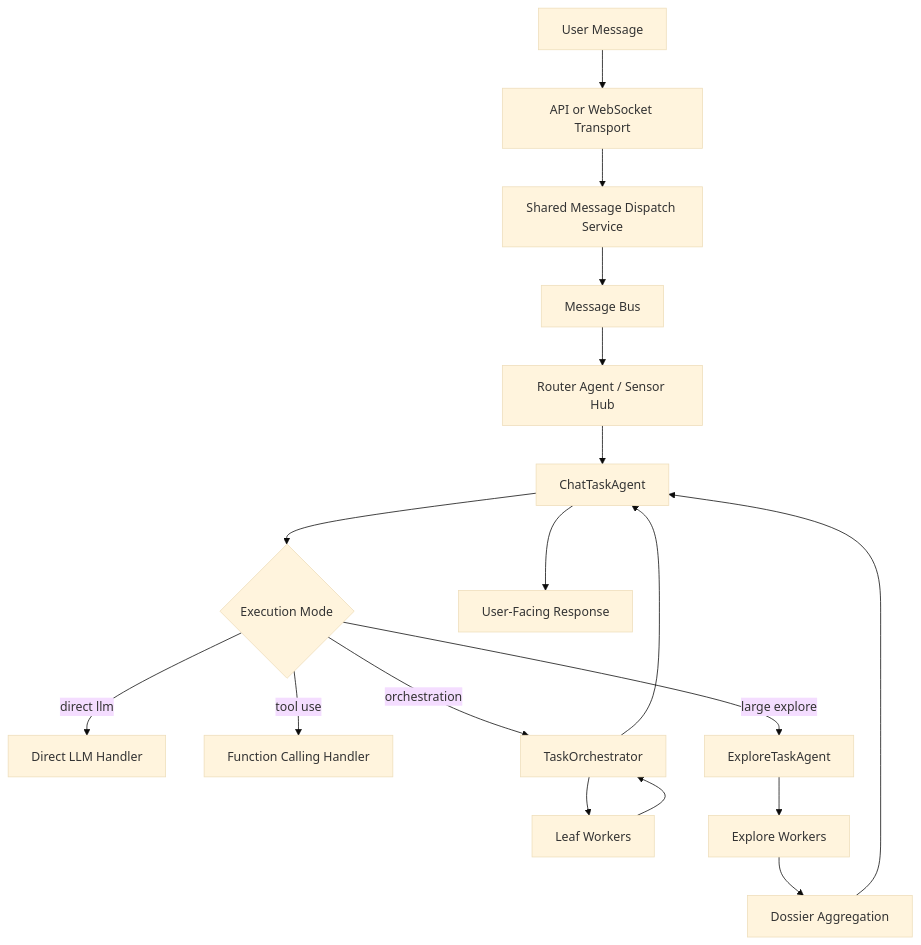
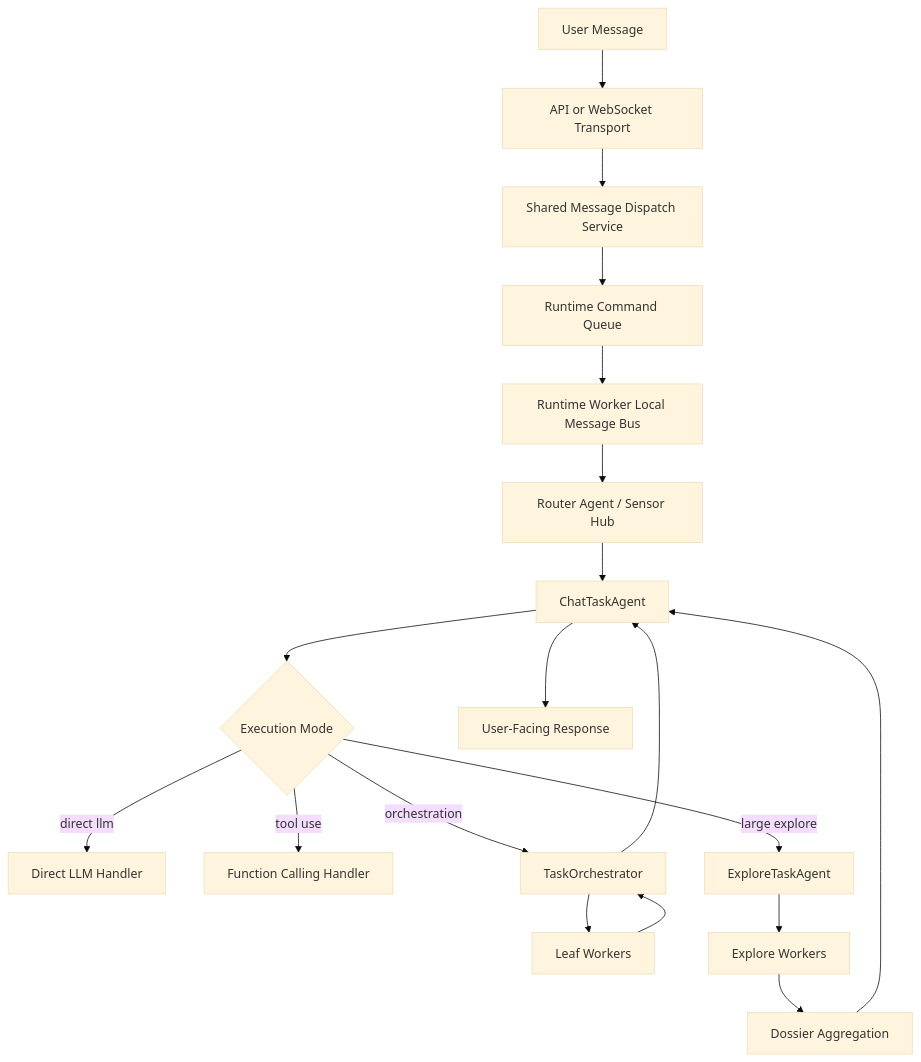
One commit to asukaonly/magi changed the diagram in docs/task-agent-runtime-architecture.md. Above: the diagram before and after it, drawn with Mermaid (base theme). The commit also changed other lines of this file and 20 other files, not shown here.

First line of the commit message:
refactor: make message bus in-process only

````diff
--- a/docs/task-agent-runtime-architecture.md
+++ b/docs/task-agent-runtime-architecture.md
@@ -84,24 +85,25 @@
 ```mermaid
 flowchart TD
     U["User Message"] --> T["API or WebSocket Transport"]
     T --> D["Shared Message Dispatch Service"]
-    D --> B["Message Bus"]
+    D --> Q["Runtime Command Queue"]
+    Q --> B["Runtime Worker Local Message Bus"]
     B --> R["Router Agent / Sensor Hub"]
     R --> C["ChatTaskAgent"]
 
     C --> M{"Execution Mode"}
     M -->|direct llm| L["Direct LLM Handler"]
     M -->|tool use| F["Function Calling Handler"]
     M -->|orchestration| O["TaskOrchestrator"]
     M -->|large explore| X["ExploreTaskAgent"]
 
     O --> W["Leaf Workers"]
     W --> O
     O --> C
 
     X --> XW["Explore Workers"]
     XW --> XA["Dossier Aggregation"]
     XA --> C
 
     C --> A["User-Facing Response"]
 ```
````
